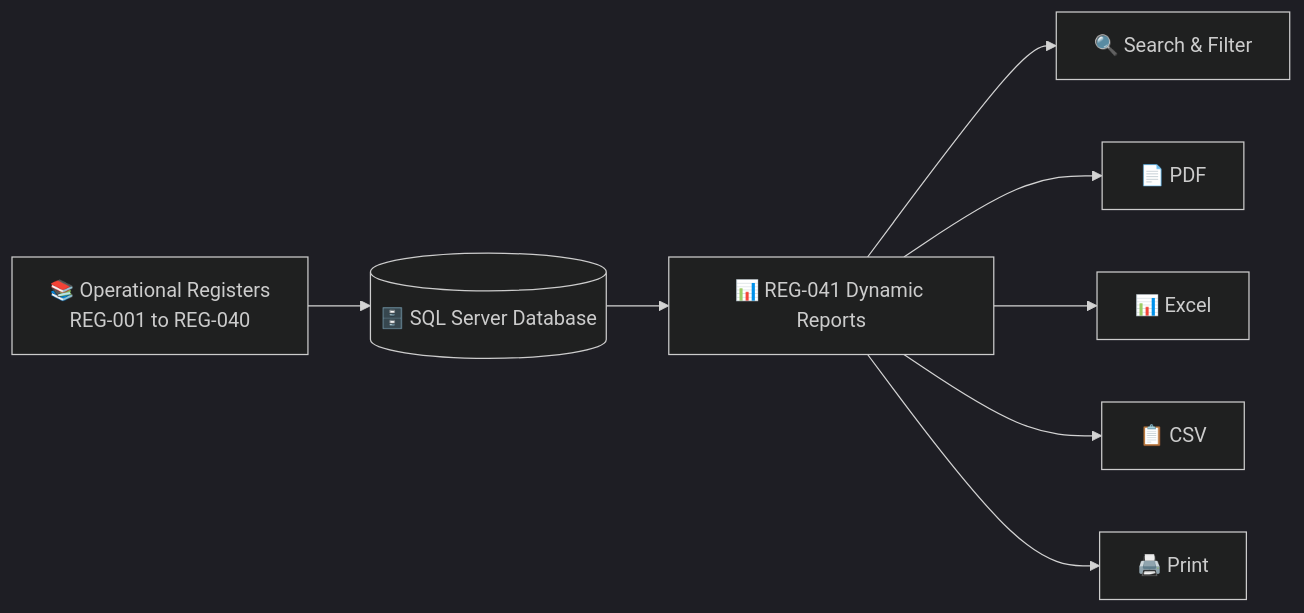
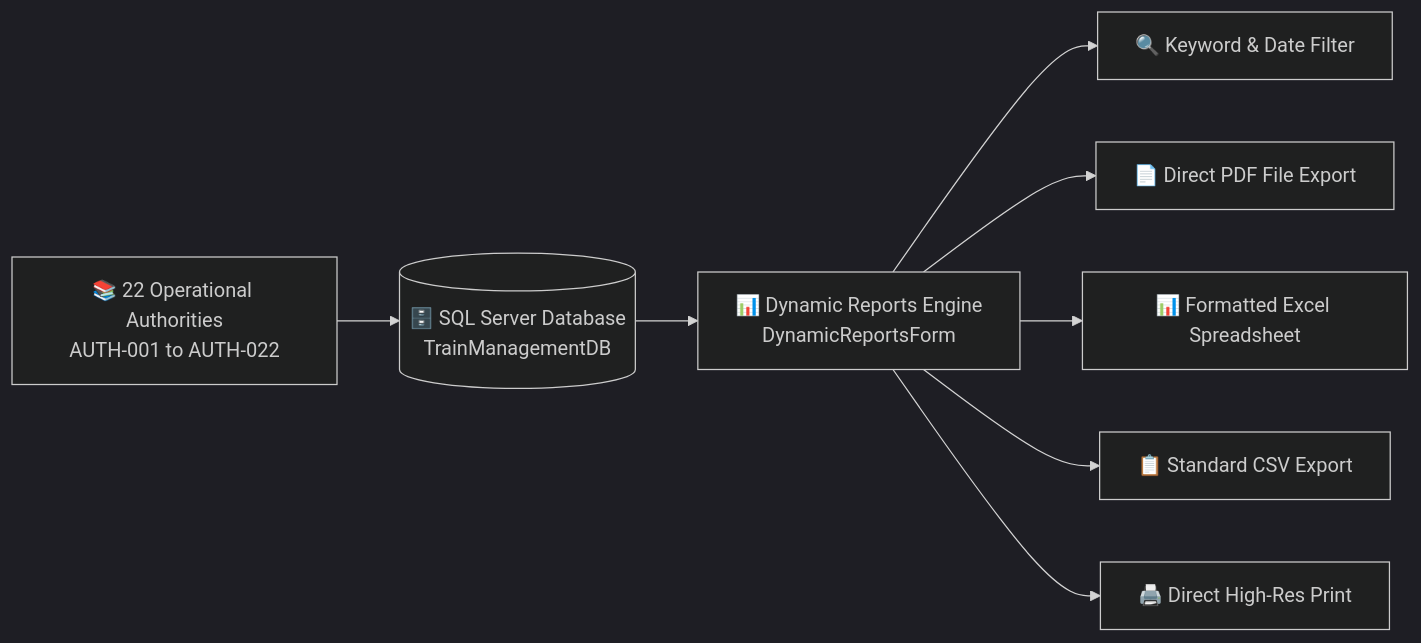
One commit to VamshiKrishnaSiribommala/Mern_workshop changed the second of 2 diagrams in README.md. Above: the diagram before and after it, drawn with Mermaid (dark theme). The commit also changed other lines of this file, not shown here.

First line of the commit message:
Revise README for Train Working Management System

````diff
--- a/README.md
+++ b/README.md
@@ -258,15 +237,15 @@
 ```mermaid
 flowchart LR
 
-    A[📚 Operational Registers<br/>REG-001 to REG-040]
+    A[📚 22 Operational Authorities<br/>AUTH-001 to AUTH-022]
 
-    A --> B[(🗄️ SQL Server Database)]
+    A --> B[(🗄️ SQL Server Database<br/>TrainManagementDB)]
 
-    B --> C[📊 REG-041 Dynamic Reports]
+    B --> C[📊 Dynamic Reports Engine<br/>DynamicReportsForm]
 
-    C --> D[🔍 Search & Filter]
-    C --> E[📄 PDF]
-    C --> F[📊 Excel]
-    C --> G[📋 CSV]
-    C --> H[🖨️ Print]
+    C --> D[🔍 Keyword & Date Filter]
+    C --> E[📄 Direct PDF File Export]
+    C --> F[📊 Formatted Excel Spreadsheet]
+    C --> G[📋 Standard CSV Export]
+    C --> H[🖨️ Direct High-Res Print]
 ```
````
